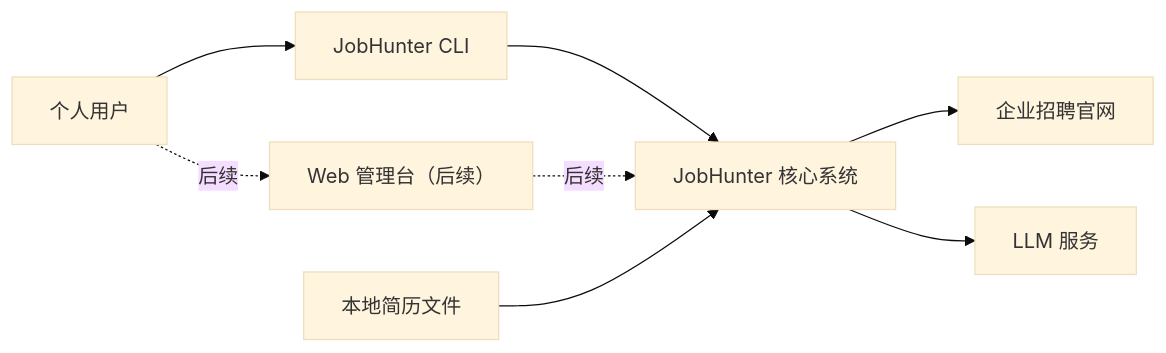
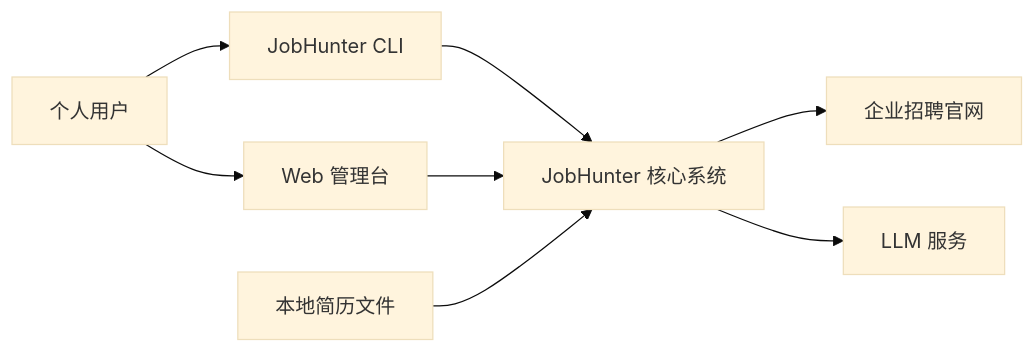
One commit to MonarchMan/JobHunter changed the first of 7 diagrams in docs/arch/overall-arch.md. Above: the diagram before and after it, drawn with Mermaid (base theme). The commit also changed other lines of this file and 208 other files, not shown here.

First line of the commit message:
refactor: simplify database schema and remove redundant job storage tables

````diff
--- a/docs/arch/overall-arch.md
+++ b/docs/arch/overall-arch.md
@@ -116,18 +116,18 @@
 ```mermaid
 flowchart LR
     U["个人用户"]
     CLI["JobHunter CLI"]
-    WEB["Web 管理台（后续）"]
+    WEB["Web 管理台"]
     SYS["JobHunter 核心系统"]
     SITES["企业招聘官网"]
     LLM["LLM 服务"]
     FILES["本地简历文件"]
 
     U --> CLI
-    U -. 后续 .-> WEB
+    U --> WEB
     CLI --> SYS
-    WEB -. 后续 .-> SYS
+    WEB --> SYS
     FILES --> SYS
     SYS --> SITES
     SYS --> LLM
 ```
````
